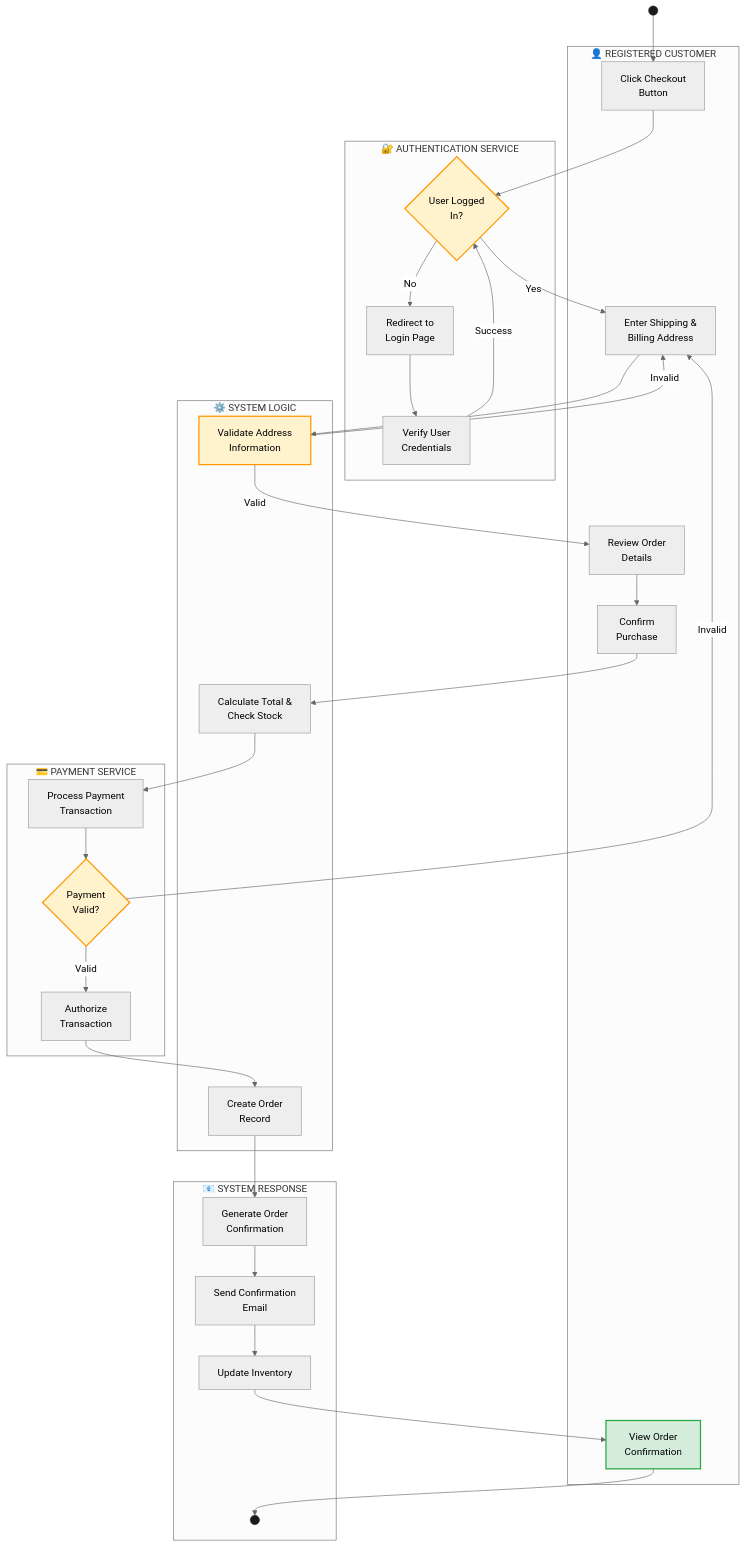
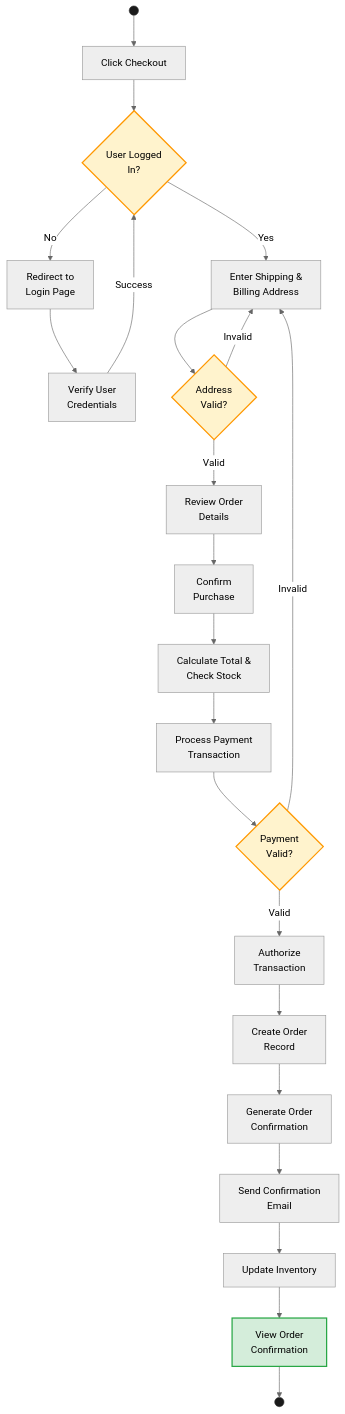
The first of 2 diagrams in activity-diagram.md (WindsurfHUB/960121-E-commerce), drawn with Mermaid (neutral theme) before and after one commit. The commit also changed other lines of this file, not shown here.

Commit message:
restore avtivity lane

````diff
--- a/activity-diagram.md
+++ b/activity-diagram.md
@@ -5,71 +5,36 @@
 ```mermaid
 graph TD
-    Start((" "))
+    Start((" ")) --> A1["Click Checkout"]
+    A1 --> B1{"User Logged<br/>In?"}
 
-    subgraph Customer["👤 REGISTERED CUSTOMER"]
-        A1["Click Checkout<br/>Button"]
-        A2["Enter Shipping &<br/>Billing Address"]
-        A3["Review Order<br/>Details"]
-        A4["Confirm<br/>Purchase"]
-        A5["View Order<br/>Confirmation"]
-    end
-
-    subgraph Auth["🔐 AUTHENTICATION SERVICE"]
-        B1{"User Logged<br/>In?"}
-        B2["Redirect to<br/>Login Page"]
-        B3["Verify User<br/>Credentials"]
-    end
-
-    subgraph System["⚙️ SYSTEM LOGIC"]
-        C1["Validate Address<br/>Information"]
-        C2["Calculate Total &<br/>Check Stock"]
-        C3["Create Order<br/>Record"]
-    end
-
-    subgraph Payment["💳 PAYMENT SERVICE"]
-        D1["Process Payment<br/>Transaction"]
-        D2{"Payment<br/>Valid?"}
-        D3["Authorize<br/>Transaction"]
-    end
-
-    subgraph Response["📧 SYSTEM RESPONSE"]
-        E1["Generate Order<br/>Confirmation"]
-        E2["Send Confirmation<br/>Email"]
-        E3["Update Inventory"]
-        End((" "))
-    end
-
-    Start --> A1
-    A1 --> B1
-
-    B1 -->|No| B2
-    B2 --> B3
+    B1 -->|No| B2["Redirect to<br/>Login Page"]
+    B2 --> B3["Verify User<br/>Credentials"]
     B3 -->|Success| B1
 
-    B1 -->|Yes| A2
-    A2 --> C1
-    C1 -->|Valid| A3
+    B1 -->|Yes| A2["Enter Shipping &<br/>Billing Address"]
+    A2 --> C1{"Address<br/>Valid?"}
     C1 -->|Invalid| A2
+    C1 -->|Valid| A3["Review Order<br/>Details"]
 
-    A3 --> A4
-    A4 --> C2
-    C2 --> D1
+    A3 --> A4["Confirm<br/>Purchase"]
+    A4 --> C2["Calculate Total &<br/>Check Stock"]
+    C2 --> D1["Process Payment<br/>Transaction"]
 
-    D1 --> D2
+    D1 --> D2{"Payment<br/>Valid?"}
     D2 -->|Invalid| A2
-    D2 -->|Valid| D3
+    D2 -->|Valid| D3["Authorize<br/>Transaction"]
 
-    D3 --> C3
-    C3 --> E1
-    E1 --> E2
-    E2 --> E3
-    E3 --> A5
-    A5 --> End
+    D3 --> C3["Create Order<br/>Record"]
+    C3 --> E1["Generate Order<br/>Confirmation"]
+    E1 --> E2["Send Confirmation<br/>Email"]
+    E2 --> E3["Update Inventory"]
+    E3 --> A5["View Order<br/>Confirmation"]
+    A5 --> End((" "))
 
     style Start fill:#1a1a1a,stroke:#333,color:#fff
     style End fill:#1a1a1a,stroke:#333,color:#fff
     style B1 fill:#fff3cd,stroke:#ff9800,stroke-width:2px
     style D2 fill:#fff3cd,stroke:#ff9800,stroke-width:2px
     style C1 fill:#fff3cd,stroke:#ff9800,stroke-width:2px
     style A5 fill:#d4edda,stroke:#28a745,stroke-width:2px
 ```
````
